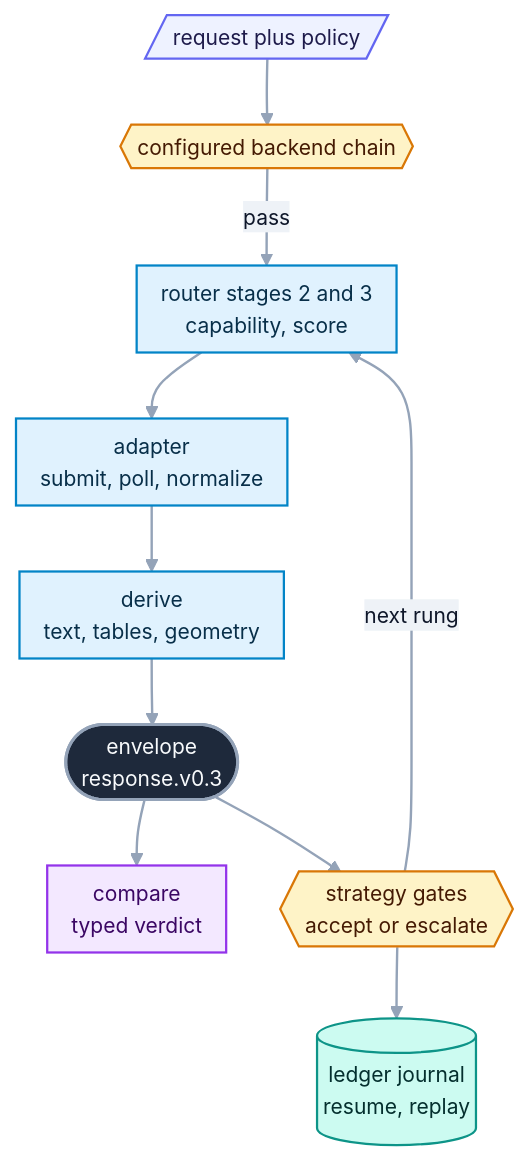
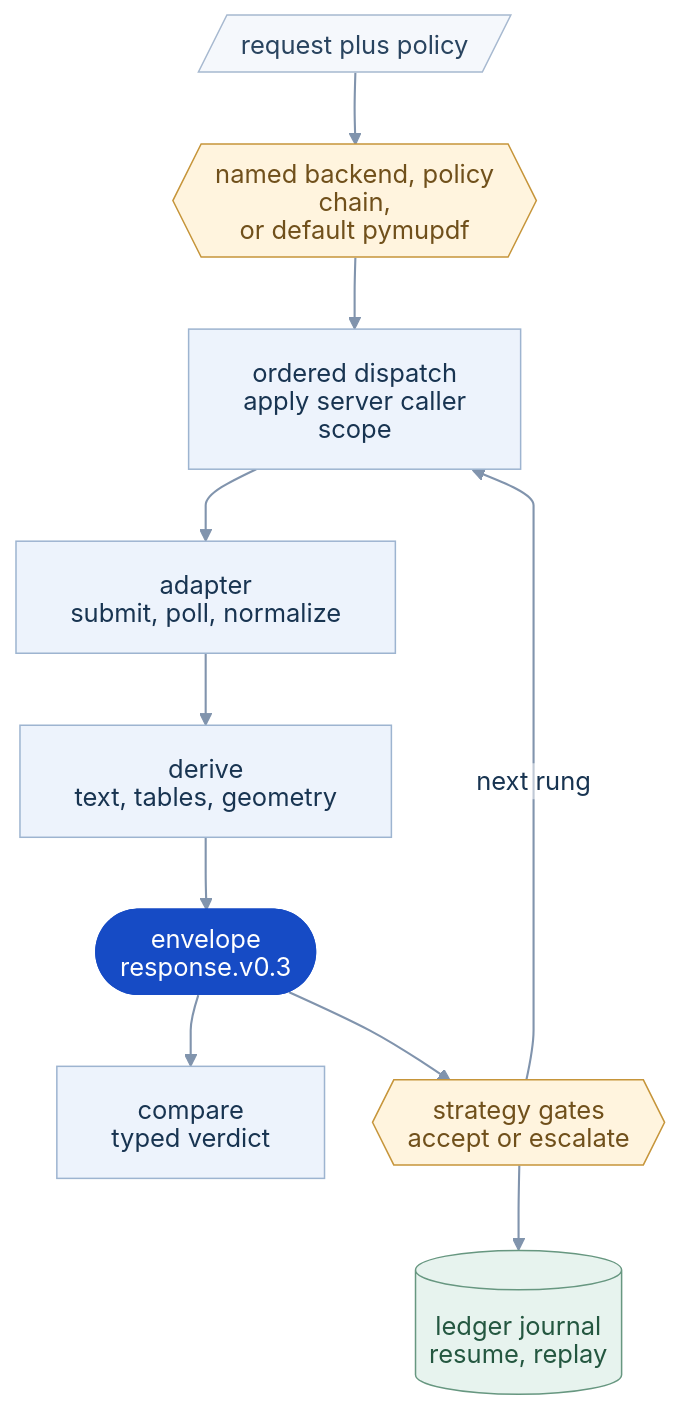
The diagram in src/openreading/README.md (openreading-ai/openreading-core), drawn with Mermaid before and after one commit. The commit also changed other lines of this file and 35 other files, not shown here.

First line of the commit message:
docs: unify README diagrams and add tutorial website (#43)

````diff
--- a/src/openreading/README.md
+++ b/src/openreading/README.md
@@ -84,22 +90,22 @@
 ```mermaid
-%%{init: {"theme":"base","themeVariables":{"fontFamily":"ui-sans-serif, system-ui, -apple-system, Segoe UI, Roboto, sans-serif","fontSize":"14px","lineColor":"#94a3b8","textColor":"#334155","primaryTextColor":"#0f172a","edgeLabelBackground":"#eef2f7","clusterBkg":"#f8fafc","clusterBorder":"#cbd5e1","titleColor":"#334155"},"flowchart":{"curve":"basis","nodeSpacing":36,"rankSpacing":44,"padding":8,"useMaxWidth":true}}}%%
+%%{init: {"theme":"base","fontFamily":"Arial","deterministicIds":true,"deterministicIDSeed":"openreading","htmlLabels":false,"themeVariables":{"fontFamily":"Arial","fontSize":"17px","lineColor":"#8194ad","textColor":"#183451","primaryTextColor":"#183451","primaryColor":"#edf3fc","primaryBorderColor":"#9db4d0","edgeLabelBackground":"#ffffff","clusterBkg":"#f5f8fc","clusterBorder":"#d7e1ee","titleColor":"#183451","actorBkg":"#edf3fc","actorBorder":"#9db4d0","actorTextColor":"#183451","actorLineColor":"#9db4d0","signalColor":"#527095","signalTextColor":"#183451","labelBoxBkgColor":"#fff4de","labelBoxBorderColor":"#c6953a","labelTextColor":"#70501b","loopTextColor":"#527095","noteBkgColor":"#edf3fc","noteBorderColor":"#9db4d0","noteTextColor":"#183451","sequenceNumberColor":"#ffffff","activationBkgColor":"#e7f3ee","activationBorderColor":"#679780"},"flowchart":{"curve":"monotoneY","nodeSpacing":32,"rankSpacing":48,"padding":18,"useMaxWidth":true},"sequence":{"useMaxWidth":true,"actorMargin":65,"messageMargin":38,"mirrorActors":false}}}%%
 flowchart TD
-  Q[/"request plus policy"/]:::src --> R1{{"configured backend chain"}}:::gate
-  R1 -- "pass" --> R2["router stages 2 and 3<br>capability, score"]:::work
+  Q[/"request plus policy"/]:::src --> R1{{"named backend, policy chain,<br>or default pymupdf"}}:::gate
+  R1 --> R2["ordered dispatch<br>apply server caller scope"]:::work
   R2 --> AD["adapter<br>submit, poll, normalize"]:::work
   AD --> DV["derive<br>text, tables, geometry"]:::work
   DV --> EN(["envelope<br>response.v0.3"]):::hero
   EN --> CP["compare<br>typed verdict"]:::out
   EN --> ST{{"strategy gates<br>accept or escalate"}}:::gate
   ST -- "next rung" --> R2
   ST --> LG[("ledger journal<br>resume, replay")]:::store
-  classDef src fill:#eef2ff,stroke:#6366f1,stroke-width:1.5px,color:#1e1b4b;
-  classDef work fill:#e0f2fe,stroke:#0284c7,stroke-width:1.5px,color:#082f49;
-  classDef gate fill:#fef3c7,stroke:#d97706,stroke-width:1.5px,color:#451a03;
-  classDef good fill:#dcfce7,stroke:#16a34a,stroke-width:1.5px,color:#052e16;
-  classDef bad fill:#fee2e2,stroke:#dc2626,stroke-width:1.5px,color:#450a0a;
-  classDef store fill:#ccfbf1,stroke:#0d9488,stroke-width:1.5px,color:#042f2e;
-  classDef out fill:#f3e8ff,stroke:#9333ea,stroke-width:1.5px,color:#3b0764;
-  classDef hero fill:#1e293b,stroke:#94a3b8,stroke-width:2px,color:#f8fafc;
-  linkStyle default stroke-width:1.6px;
+  classDef src fill:#f5f8fc,stroke:#a7b9d0,stroke-width:1px,color:#29445f;
+  classDef work fill:#edf3fc,stroke:#9db4d0,stroke-width:1px,color:#183451;
+  classDef gate fill:#fff4de,stroke:#c6953a,stroke-width:1px,color:#70501b;
+  classDef good fill:#e7f3ee,stroke:#679780,stroke-width:1px,color:#245740;
+  classDef bad fill:#fbeeee,stroke:#c78686,stroke-width:1px,color:#803d3d;
+  classDef store fill:#e7f3ee,stroke:#679780,stroke-width:1px,color:#245740;
+  classDef out fill:#edf3fc,stroke:#9db4d0,stroke-width:1px,color:#183451;
+  classDef hero fill:#164bc5,stroke:#164bc5,stroke-width:1px,color:#ffffff;
+  linkStyle default stroke-width:1.4px;
 ```
````
